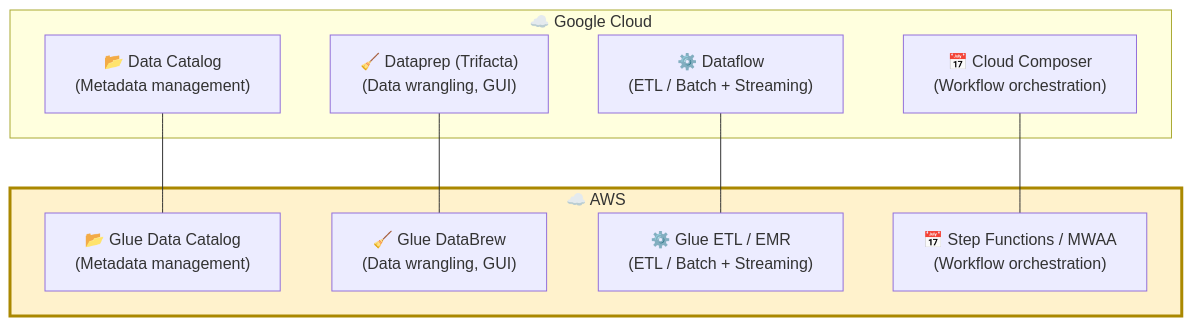
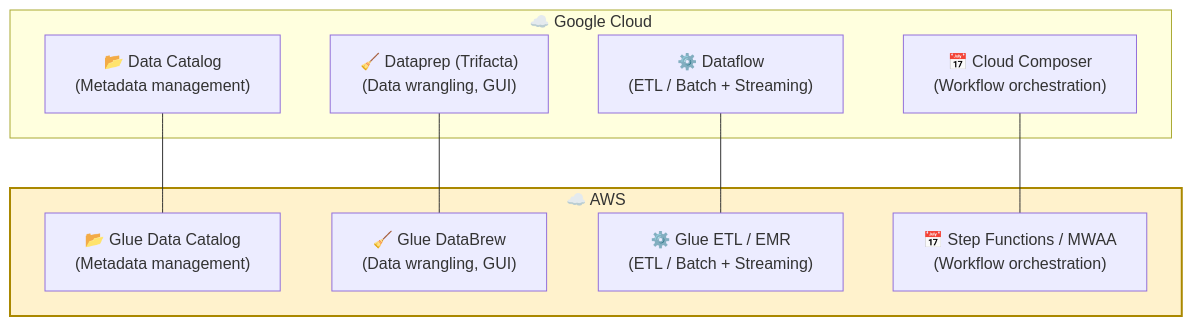
Diagram 26 of 26 in GCP-P-DE-Exam.md (blaire101/DE2-AWS-Azure-GCP-2025), drawn with Mermaid before and after one commit.

Commit message:
add or modify article

````diff
--- a/GCP-P-DE-Exam.md
+++ b/GCP-P-DE-Exam.md
@@ -3726,23 +3726,23 @@
 ```mermaid
 flowchart TB
     subgraph GCP["☁️ Google Cloud"]
         DC["📂 Data Catalog<br>(Metadata management)"]
         DP["🧹 Dataprep (Trifacta)<br>(Data wrangling, GUI)"]
         DF["⚙️ Dataflow<br>(ETL / Batch + Streaming)"]
         CC["📅 Cloud Composer<br>(Workflow orchestration)"]
     end
 
     subgraph AWS["☁️ AWS"]
         GC["📂 Glue Data Catalog<br>(Metadata management)"]
         DB["🧹 Glue DataBrew<br>(Data wrangling, GUI)"]
         GE["⚙️ Glue ETL / EMR<br>(ETL / Batch + Streaming)"]
         SF["📅 Step Functions / MWAA<br>(Workflow orchestration)"]
     end
 
     DC --- GC
     DP --- DB
     DF --- GE
     CC --- SF
 
-    style AWS fill:#fff2cc,stroke:#aa8800,stroke-width:3px
+    style AWS fill:#fff2cc,stroke:#aa8800,stroke-width:2px
 ```
````
